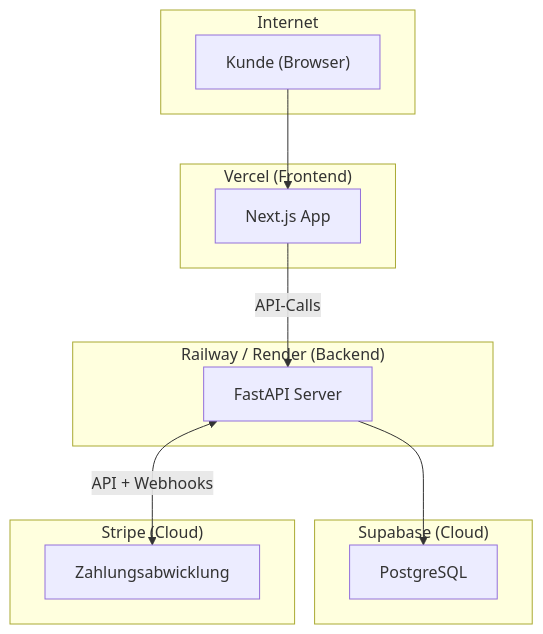
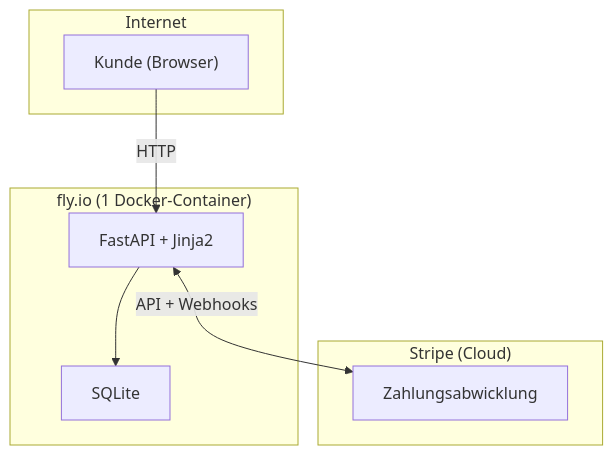
One commit to konstantinniedermann/olivalle-webshop changed the second of 2 diagrams in docs/arc42.md. Above: the diagram before and after it, drawn with Mermaid. The commit also changed other lines of this file and 7 other files, not shown here.

Commit message:
docs: Dokumentation an neuen Tech-Stack anpassen (FastAPI+Jinja2+SQLite+fly.io)

````diff
--- a/docs/arc42.md
+++ b/docs/arc42.md
@@ -197,23 +184,17 @@
 ```mermaid
 graph TD
     subgraph Internet
         Kunde["Kunde (Browser)"]
     end
-    subgraph Vercel["Vercel (Frontend)"]
-        Next["Next.js App"]
-    end
-    subgraph Railway["Railway / Render (Backend)"]
-        FastAPI["FastAPI Server"]
-    end
-    subgraph Supabase["Supabase (Cloud)"]
-        PG["PostgreSQL"]
+    subgraph flyio["fly.io (1 Docker-Container)"]
+        FastAPI["FastAPI + Jinja2"]
+        DB["SQLite"]
     end
     subgraph Stripe["Stripe (Cloud)"]
         Payment["Zahlungsabwicklung"]
     end
 
-    Kunde --> Next
-    Next -->|API-Calls| FastAPI
-    FastAPI --> PG
+    Kunde -->|HTTP| FastAPI
+    FastAPI --> DB
     FastAPI <-->|API + Webhooks| Payment
 ```
````
